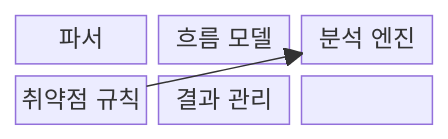
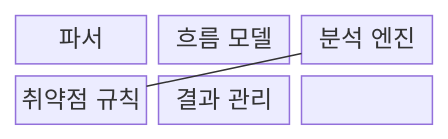
The first of 2 diagrams in src/content/docs/notes/03-software/067_static_application_security_testing.md (agnusdei1207/knowledge-base), drawn with Mermaid before and after one commit. The commit also changed other lines of this file and 493 other files, not shown here.

````diff
--- a/src/content/docs/notes/03-software/067_static_application_security_testing.md
+++ b/src/content/docs/notes/03-software/067_static_application_security_testing.md
@@ -69,11 +69,11 @@
 ```mermaid
-block
+block-beta
   columns 3
   P["파서"]
   M["흐름 모델"]
   E["분석 엔진"]
   R["취약점 규칙"]
   G["결과 관리"]
-  P --> M --> E --> G
-  R --> E
+  P --- M --- E --- G
+  R --- E
 ```
````
